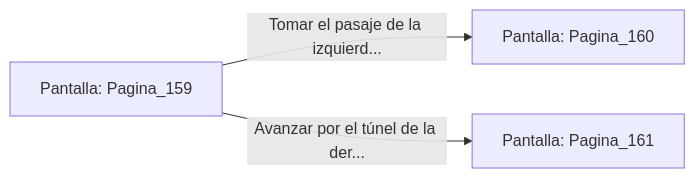
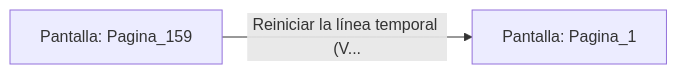
The diagram in sample/eligejuego-vault/Pantalla_Pagina_159.md (metsuke/mpl), drawn with Mermaid before and after one commit. The commit also changed other lines of this file and 635 other files, not shown here.

First line of the commit message:
fix: añadir Pagina_1 como pantalla inicial en capitulo_01.mpl

````diff
--- a/sample/eligejuego-vault/Pantalla_Pagina_159.md
+++ b/sample/eligejuego-vault/Pantalla_Pagina_159.md
@@ -20,6 +17,5 @@
 ```mermaid
 graph LR
     P_Pagina_159["Pantalla: Pagina_159"]
-    P_Pagina_159 -->|"Tomar el pasaje de la izquierd..."| P_Pagina_160["Pantalla: Pagina_160"]
-    P_Pagina_159 -->|"Avanzar por el túnel de la der..."| P_Pagina_161["Pantalla: Pagina_161"]
+    P_Pagina_159 -->|"Reiniciar la línea temporal (V..."| P_Pagina_1["Pantalla: Pagina_1"]
 ```
````
